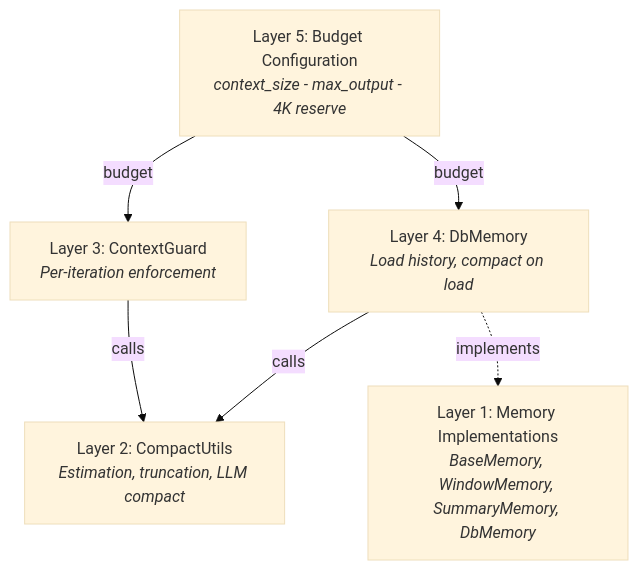
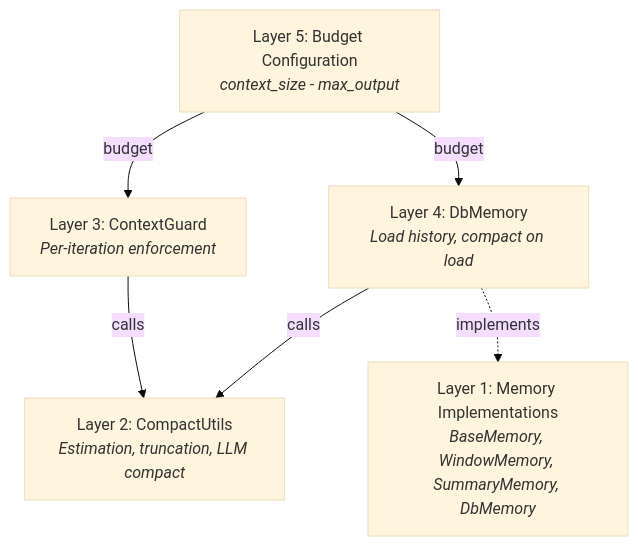
One commit to fim-ai/fim-agent changed the first of 3 diagrams in docs/architecture/context-management.mdx. Above: the diagram before and after it, drawn with Mermaid (base theme). The commit also changed other lines of this file and 17 other files, not shown here.

````diff
--- a/docs/architecture/context-management.mdx
+++ b/docs/architecture/context-management.mdx
@@ -31,14 +31,14 @@
 ```mermaid
 flowchart TD
-    L5["Layer 5: Budget Configuration<br/><i>context_size - max_output - 4K reserve</i>"]
+    L5["Layer 5: Budget Configuration<br/><i>context_size - max_output</i>"]
     L4["Layer 4: DbMemory<br/><i>Load history, compact on load</i>"]
     L3["Layer 3: ContextGuard<br/><i>Per-iteration enforcement</i>"]
     L2["Layer 2: CompactUtils<br/><i>Estimation, truncation, LLM compact</i>"]
     L1["Layer 1: Memory Implementations<br/><i>BaseMemory, WindowMemory, SummaryMemory, DbMemory</i>"]
 
     L5 -->|"budget"| L4
     L5 -->|"budget"| L3
     L4 -->|"calls"| L2
     L3 -->|"calls"| L2
     L4 -.->|"implements"| L1
 ```
````
